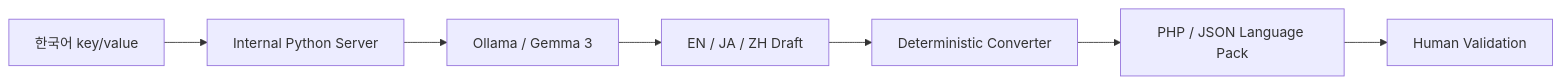
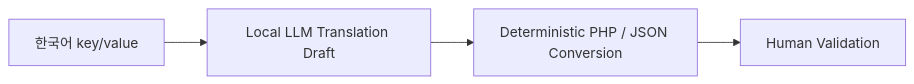
The fifth of 6 diagrams in PORTFOLIO-AX.md (tomtomjskim/jsnetworkcorp-portfolio), drawn with Mermaid before and after one commit. The commit also changed other lines of this file and 5 other files, not shown here.

First line of the commit message:
portfolio: compact AX diagrams after visual QA

````diff
--- a/PORTFOLIO-AX.md
+++ b/PORTFOLIO-AX.md
@@ -121,9 +107,6 @@
 ```mermaid
 flowchart LR
-    K[한국어 key/value] --> PY[Internal Python Server]
-    PY --> L[Ollama / Gemma 3]
-    L --> TR[EN / JA / ZH Draft]
-    TR --> CV[Deterministic Converter]
-    CV --> PHP[PHP / JSON Language Pack]
-    PHP --> H[Human Validation]
+    K[한국어 key/value] --> L[Local LLM Translation Draft]
+    L --> D[Deterministic PHP / JSON Conversion]
+    D --> H[Human Validation]
 ```
````
